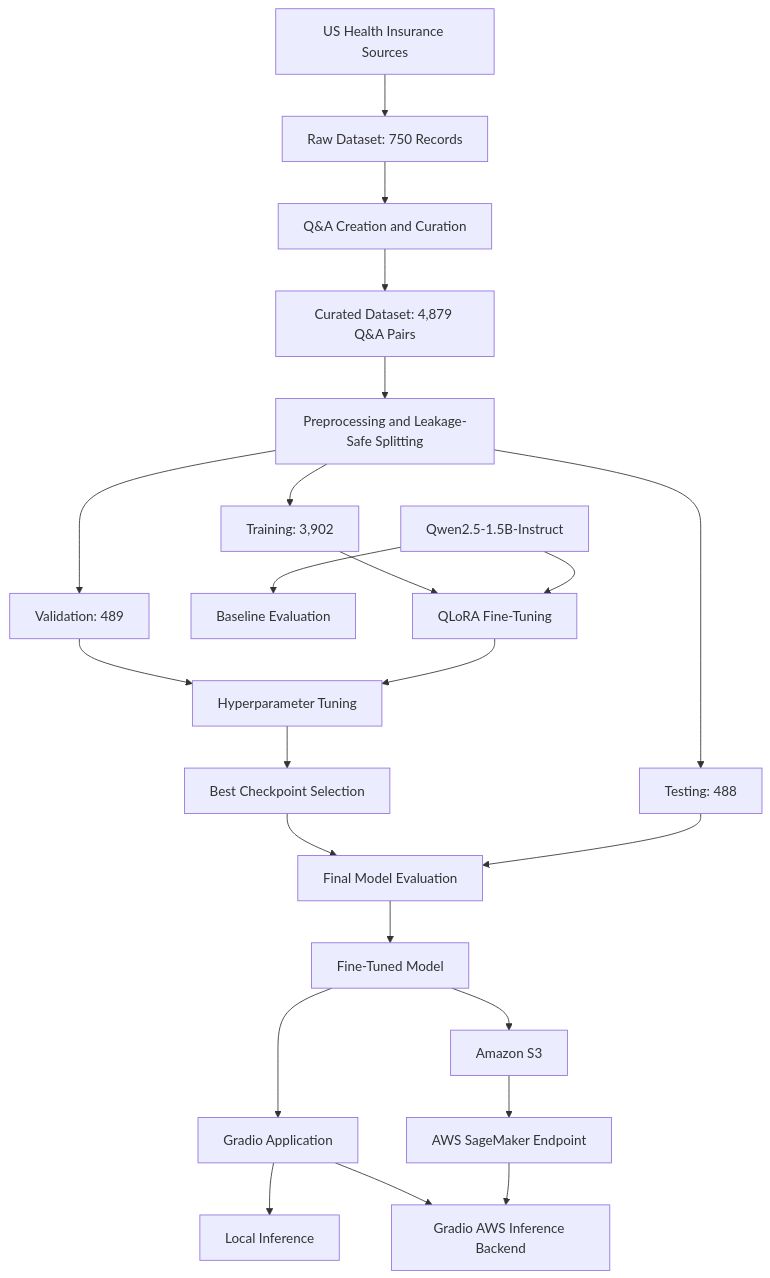
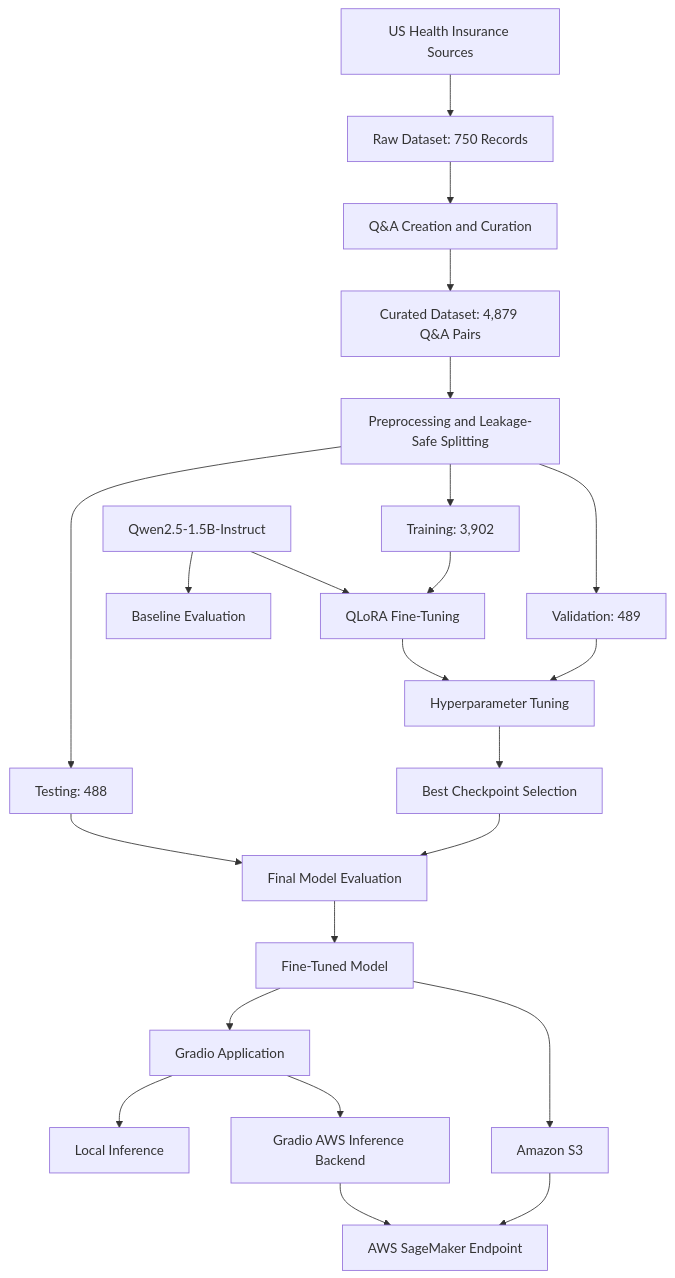
One commit to Rajithvarada/US-Health-Insurance-AI-Assistant changed the diagram in architecture.md. Above: the diagram before and after it, drawn with Mermaid.

Commit message:
Correct AWS inference flow in architecture diagram

````diff
--- a/architecture.md
+++ b/architecture.md
@@ -1,28 +1,28 @@
 ```mermaid
 flowchart TD
     A[US Health Insurance Sources] --> B[Raw Dataset: 750 Records]
     B --> C[Q&A Creation and Curation]
     C --> D[Curated Dataset: 4,879 Q&A Pairs]
     D --> E[Preprocessing and Leakage-Safe Splitting]
 
     E --> F[Training: 3,902]
     E --> G[Validation: 489]
     E --> H[Testing: 488]
 
     I[Qwen2.5-1.5B-Instruct] --> J[Baseline Evaluation]
     F --> K[QLoRA Fine-Tuning]
     I --> K
     G --> L[Hyperparameter Tuning]
     K --> L
     L --> M[Best Checkpoint Selection]
     M --> N[Final Model Evaluation]
     H --> N
     N --> O[Fine-Tuned Model]
 
     O --> P[Gradio Application]
     P --> Q[Local Inference]
     P --> R[Gradio AWS Inference Backend]
     S --> T[AWS SageMaker Endpoint]
-    T --> R
+    R --> T
     O --> S[Amazon S3]
 ```
````
